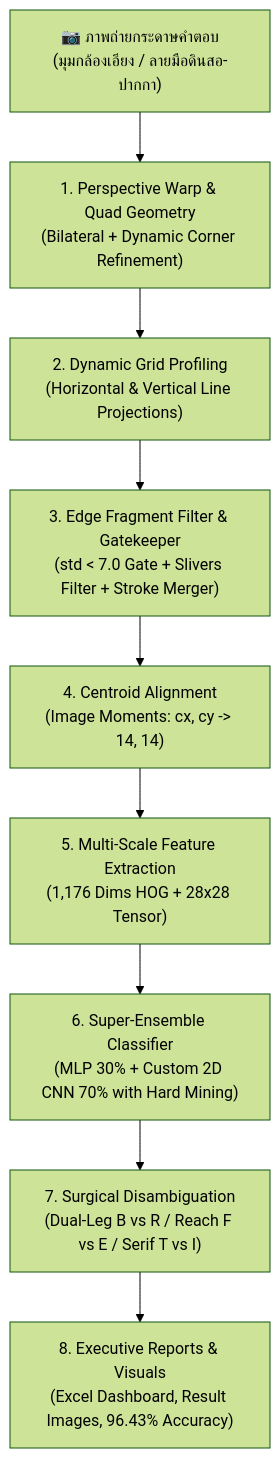
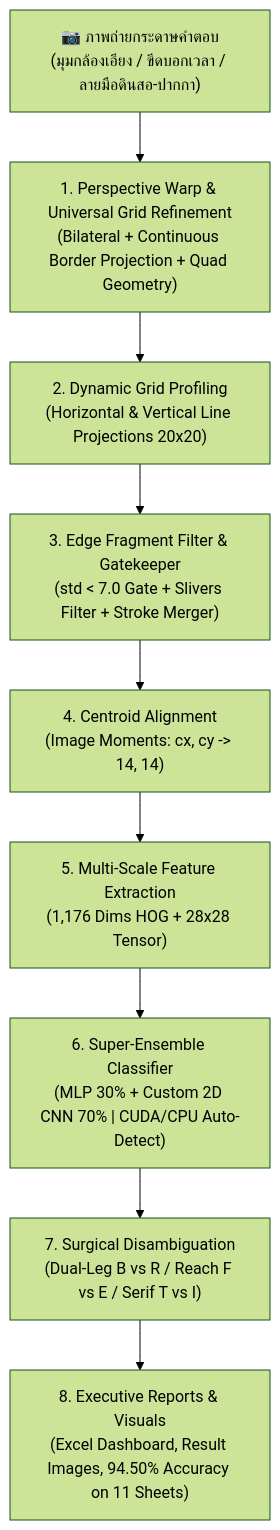
One commit to 67160213-ux/Project_CV changed the diagram in README.md. Above: the diagram before and after it, drawn with Mermaid (forest theme). The commit also changed other lines of this file and 55 other files, not shown here.

First line of the commit message:
feat: expand benchmark to 12 sheets (95.12% Super-Ensemble) and organize project files

````diff
--- a/README.md
+++ b/README.md
@@ -73,11 +78,11 @@
 ```mermaid
 graph TD
-    A["📷 ภาพถ่ายกระดาษคำตอบ<br/>(มุมกล้องเอียง / ลายมือดินสอ-ปากกา)"] --> B["1. Perspective Warp & Quad Geometry<br/>(Bilateral + Dynamic Corner Refinement)"]
-    B --> C["2. Dynamic Grid Profiling<br/>(Horizontal & Vertical Line Projections)"]
+    A["📷 ภาพถ่ายกระดาษคำตอบ<br/>(มุมกล้องเอียง / ขีดบอกเวลา / ลายมือดินสอ-ปากกา)"] --> B["1. Perspective Warp & Universal Grid Refinement<br/>(Bilateral + Continuous Border Projection + Quad Geometry)"]
+    B --> C["2. Dynamic Grid Profiling<br/>(Horizontal & Vertical Line Projections 20x20)"]
     C --> D["3. Edge Fragment Filter & Gatekeeper<br/>(std < 7.0 Gate + Slivers Filter + Stroke Merger)"]
     D --> E["4. Centroid Alignment<br/>(Image Moments: cx, cy -> 14, 14)"]
     E --> F["5. Multi-Scale Feature Extraction<br/>(1,176 Dims HOG + 28x28 Tensor)"]
-    F --> G["6. Super-Ensemble Classifier<br/>(MLP 30% + Custom 2D CNN 70% with Hard Mining)"]
+    F --> G["6. Super-Ensemble Classifier<br/>(MLP 30% + Custom 2D CNN 70% | CUDA/CPU Auto-Detect)"]
     G --> H["7. Surgical Disambiguation<br/>(Dual-Leg B vs R / Reach F vs E / Serif T vs I)"]
-    H --> I["8. Executive Reports & Visuals<br/>(Excel Dashboard, Result Images, 96.43% Accuracy)"]
+    H --> I["8. Executive Reports & Visuals<br/>(Excel Dashboard, Result Images, 94.50% Accuracy on 11 Sheets)"]
 ```
````
